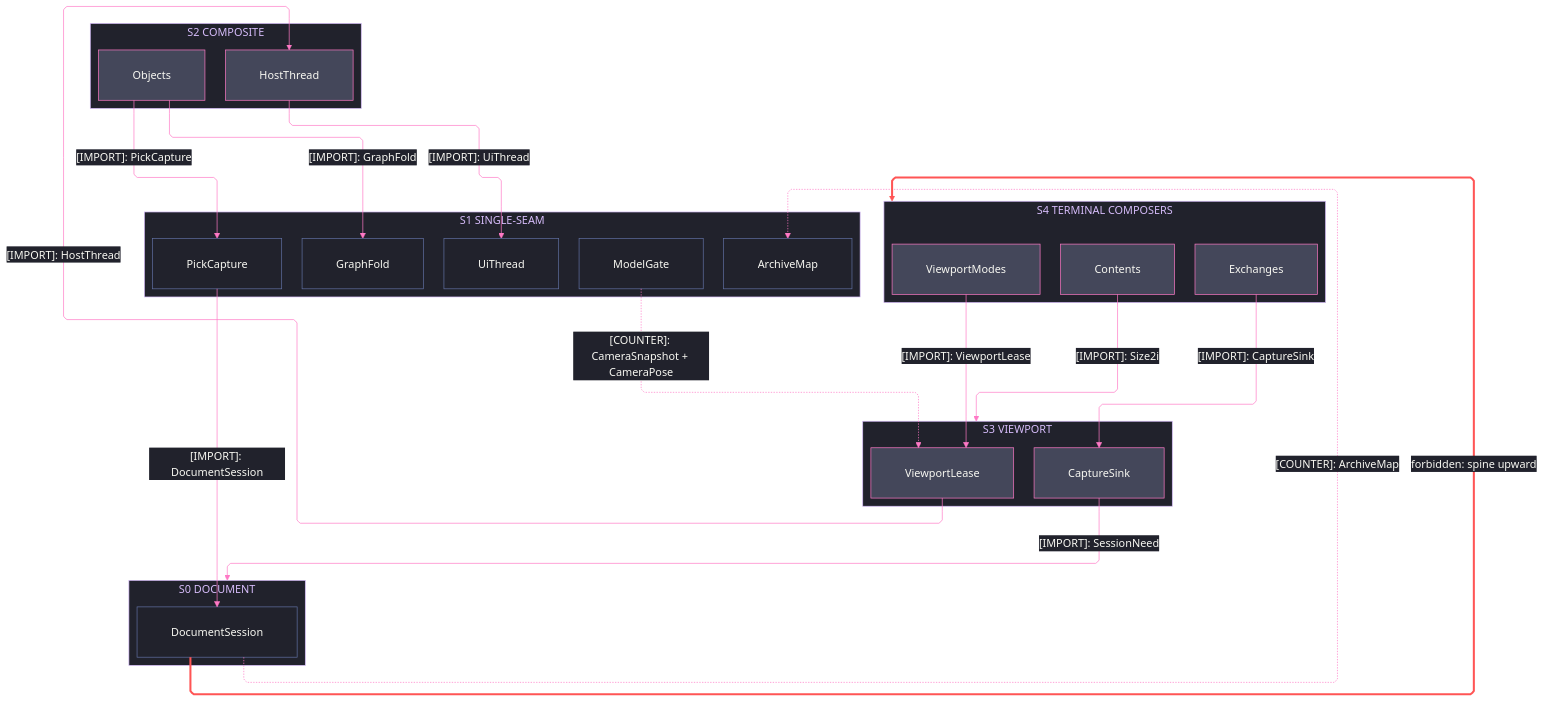
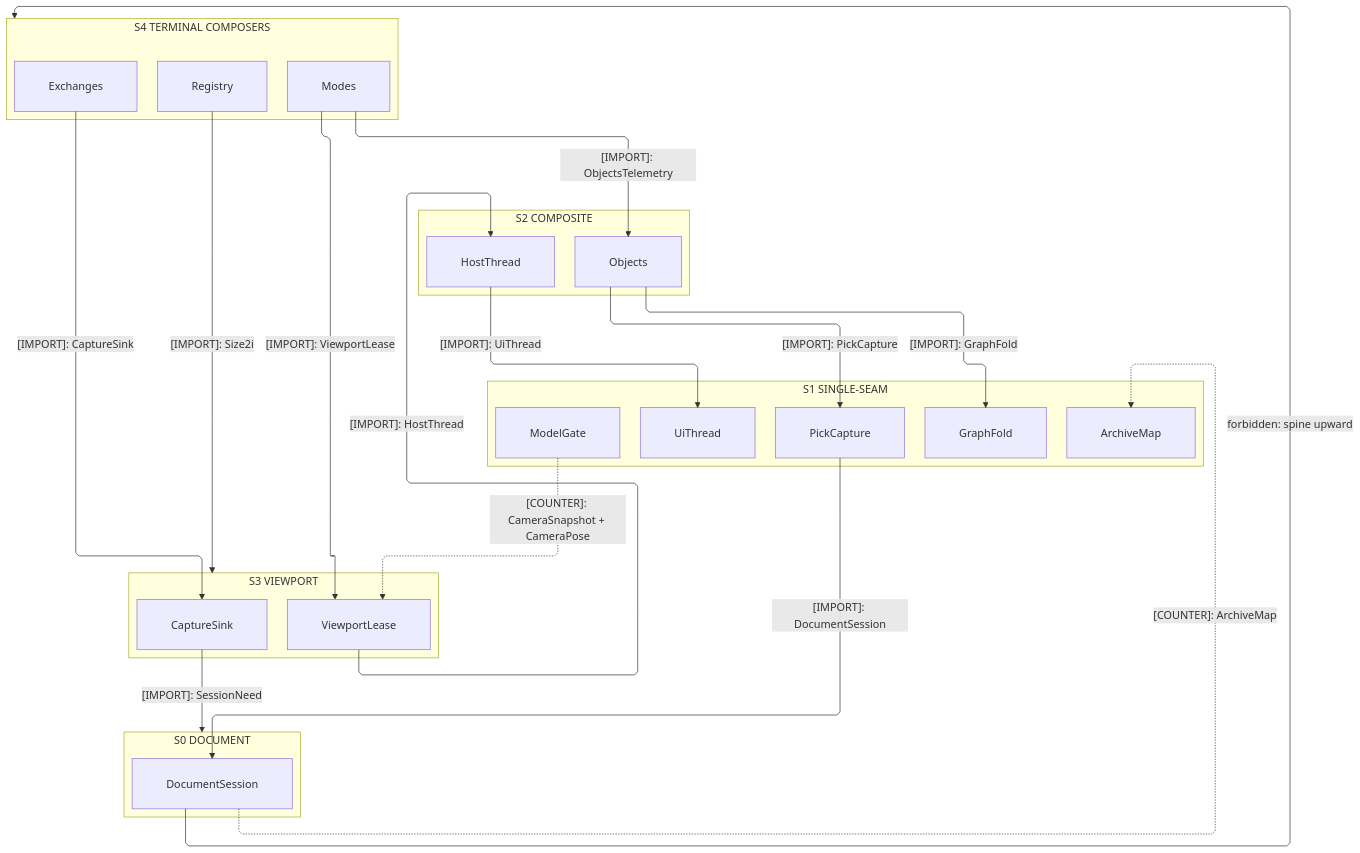
Before and after one commit to bsamiee/Rasm: the first of 3 diagrams in libs/csharp/Rasm.Rhino/ARCHITECTURE.md, drawn with Mermaid. The commit also changed other lines of this file and 460 other files, not shown here.

````diff
--- a/libs/csharp/Rasm.Rhino/ARCHITECTURE.md
+++ b/libs/csharp/Rasm.Rhino/ARCHITECTURE.md
@@ -105,74 +105,48 @@
 ```mermaid
 ---
 config:
-  theme: base
-  look: classic
   layout: elk
   flowchart:
     curve: linear
     padding: 25
-  themeVariables:
-    darkMode: true
-    fontFamily: "SF Mono, Menlo, Cascadia Mono, Segoe UI Mono, Consolas, monospace"
-    useGradient: false
-    dropShadow: "none"
-    background: "#282A36"
-    primaryColor: "#44475A"
-    primaryTextColor: "#F8F8F2"
-    primaryBorderColor: "#BD93F9"
-    lineColor: "#FF79C6"
-    textColor: "#F8F8F2"
-    clusterBkg: "#21222C"
-    clusterBorder: "#D6BCFA"
-    edgeLabelBackground: "#21222C"
-    labelBackgroundColor: "#21222C"
-    titleColor: "#D6BCFA"
-  themeCSS: ".nodeLabel{font-size:13px;font-weight:500}.edgeLabel{font-size:12px;font-weight:500}.cluster-label .nodeLabel{font-size:13.5px;font-weight:700;letter-spacing:.08em}.edge-thickness-normal{stroke-width:2px}.edge-thickness-thick{stroke-width:3px}.edge-pattern-dashed,.edge-pattern-dotted{stroke-width:1.5px;stroke-dasharray:4 6}.node rect,.node circle,.node polygon,.node path,.node .outer-path{stroke-width:1.5px;filter:none!important}.cluster rect{stroke-width:1px!important;stroke-dasharray:5 4!important;filter:none!important}.marker path{transform:scale(.8);transform-origin:5px 5px}.marker circle{transform:scale(.48);transform-origin:5px 5px}.edgeLabel rect{transform-box:fill-box;transform-origin:center;transform:scale(1.1,1.2)}"
 ---
 flowchart TB
     accTitle: Rasm.Rhino interior strata
-    accDescr: Five stacked strata from the terminal display, exchange, and render composers through the viewport rail and the composite object and host-UI domains onto the single-seam domains and the document spine, every consumption edge downward and solid naming one sourced type, two dashed ruled counter-edges carrying the ArchiveMap open-options payload upward from the document spine to Persistence and the CameraSnapshot and CameraPose frame values upward from the Modeling gate to the viewport rail, and one forbidden upward edge styled red.
+    accDescr: Five stacked strata from the terminal display, exchange, and render composers through the viewport rail and the composite object and host-UI domains onto the single-seam domains and the document spine, every consumption edge downward and solid naming one sourced type, two dashed ruled counter-edges carrying the ArchiveMap open-options payload upward from the document spine to Persistence and the CameraSnapshot and CameraPose frame values upward from the Modeling gate to the viewport rail, and one forbidden upward edge.
     subgraph L4["S4 TERMINAL COMPOSERS"]
-        Modes[ViewportModes]
+        Modes[Modes]
         Exchanges[Exchanges]
-        Contents[Contents]
+        Registry[Registry]
     end
     subgraph L3["S3 VIEWPORT"]
         Lease[ViewportLease]
         Capture[CaptureSink]
     end
     subgraph L2["S2 COMPOSITE"]
         Objects[Objects]
         HostThread[HostThread]
     end
     subgraph L1["S1 SINGLE-SEAM"]
         Picks[PickCapture]
         Blocks[GraphFold]
         Eto[UiThread]
         Archive[ArchiveMap]
         Model[ModelGate]
     end
     subgraph L0["S0 DOCUMENT"]
         Session[DocumentSession]
     end
     Modes e1@-->|"[IMPORT]: ViewportLease"| Lease
     Exchanges e2@-->|"[IMPORT]: CaptureSink"| Capture
-    Contents e3@-->|"[IMPORT]: Size2i"| L3
+    Registry e3@-->|"[IMPORT]: Size2i"| L3
     Lease e4@-->|"[IMPORT]: HostThread"| HostThread
     Capture e5@-->|"[IMPORT]: SessionNeed"| L0
     Objects e6@-->|"[IMPORT]: PickCapture"| Picks
     Objects e7@-->|"[IMPORT]: GraphFold"| Blocks
     HostThread e8@-->|"[IMPORT]: UiThread"| Eto
     Picks e9@-->|"[IMPORT]: DocumentSession"| Session
+    Modes e12@-->|"[IMPORT]: ObjectsTelemetry"| Objects
     Session e10@-.->|"[COUNTER]: ArchiveMap"| Archive
     Model e11@-.->|"[COUNTER]: CameraSnapshot + CameraPose"| Lease
     Session f1@-->|"forbidden: spine upward"| L4
-    classDef primary fill:#44475A,stroke:#FF79C6,color:#F8F8F2
-    classDef recessed fill:#21222C,stroke:#6272A4,color:#F8F8F2
-    classDef edgeControl stroke:#FF79C6,color:#F8F8F2
-    classDef edgeError stroke:#FF5555,stroke-width:3px,color:#F8F8F2
-    class Modes,Exchanges,Contents,Lease,Capture,Objects,HostThread primary
-    class Picks,Blocks,Eto,Archive,Model,Session recessed
-    class e1,e2,e3,e4,e5,e6,e7,e8,e9,e10,e11 edgeControl
-    class f1 edgeError
 ```
````
